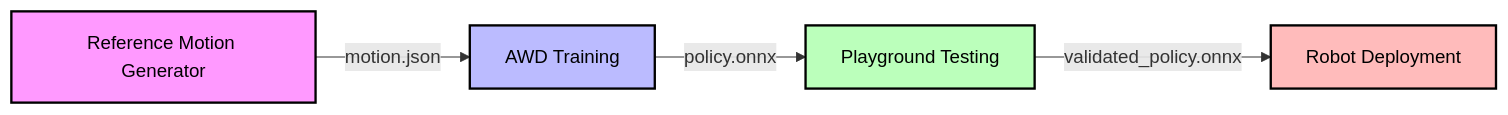
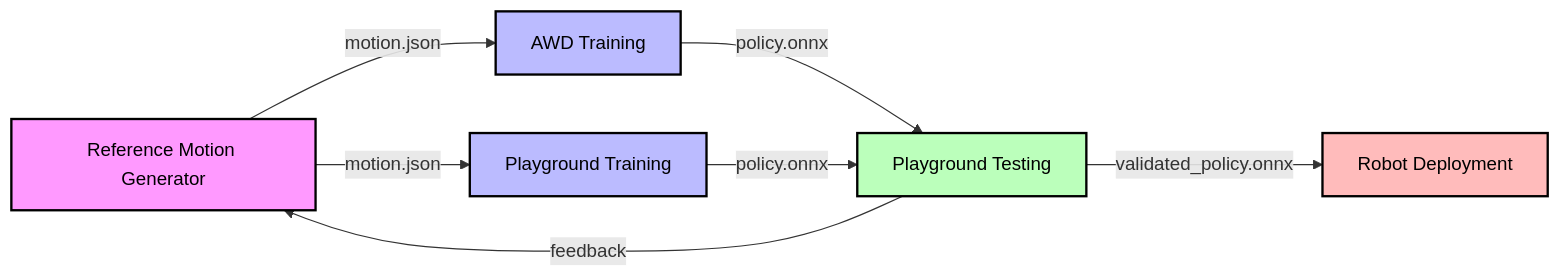
Before and after one commit to Aronnaxx/Behold-Urwar-Droid-Concepts: the second of 2 diagrams in docs/quickstart.md, drawn with Mermaid. The commit also changed other lines of this file, not shown here.

Commit message:
Training framework update for steps

````diff
--- a/docs/quickstart.md
+++ b/docs/quickstart.md
@@ -107,11 +127,15 @@
 ```mermaid
 flowchart LR
-    A["Reference Motion Generator"] -- "motion.json" --> B["AWD Training"]
-    B -- "policy.onnx" --> C["Playground Testing"]
+    A["Reference Motion Generator"] -- "motion.json" --> B1["AWD Training"]
+    A -- "motion.json" --> B2["Playground Training"]
+    B1 -- "policy.onnx" --> C["Playground Testing"]
+    B2 -- "policy.onnx" --> C
     C -- "validated_policy.onnx" --> D["Robot Deployment"]
+    C -- "feedback" --> A
 
     style A fill:#f9f,stroke:#000000,stroke-width:2px,color:#000000
-    style B fill:#bbf,stroke:#000000,stroke-width:2px,color:#000000
+    style B1 fill:#bbf,stroke:#000000,stroke-width:2px,color:#000000
+    style B2 fill:#bbf,stroke:#000000,stroke-width:2px,color:#000000
     style C fill:#bfb,stroke:#000000,stroke-width:2px,color:#000000
     style D fill:#fbb,stroke:#000000,stroke-width:2px,color:#000000
 ```
````
